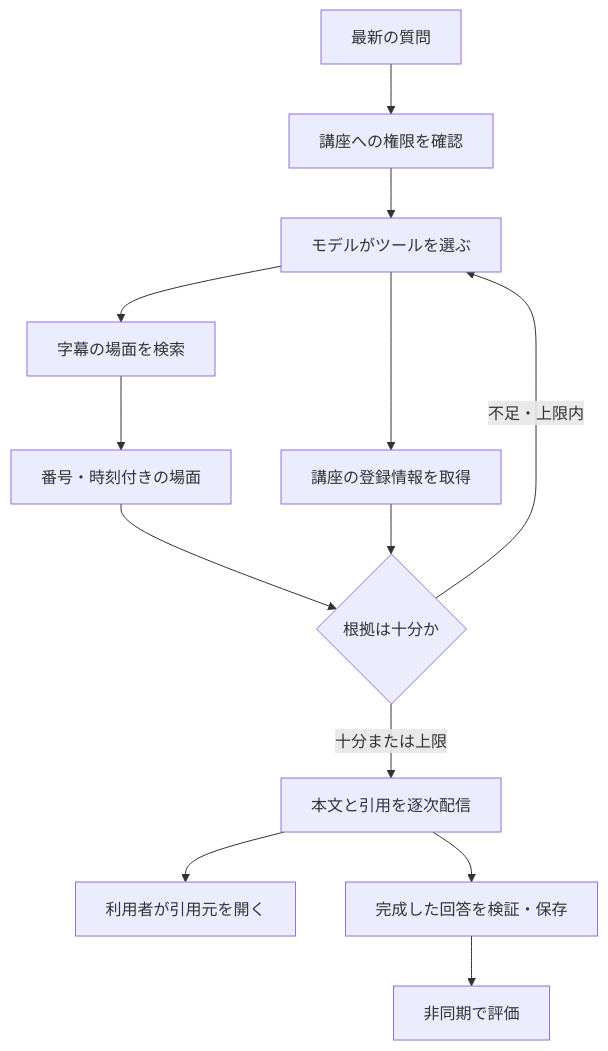
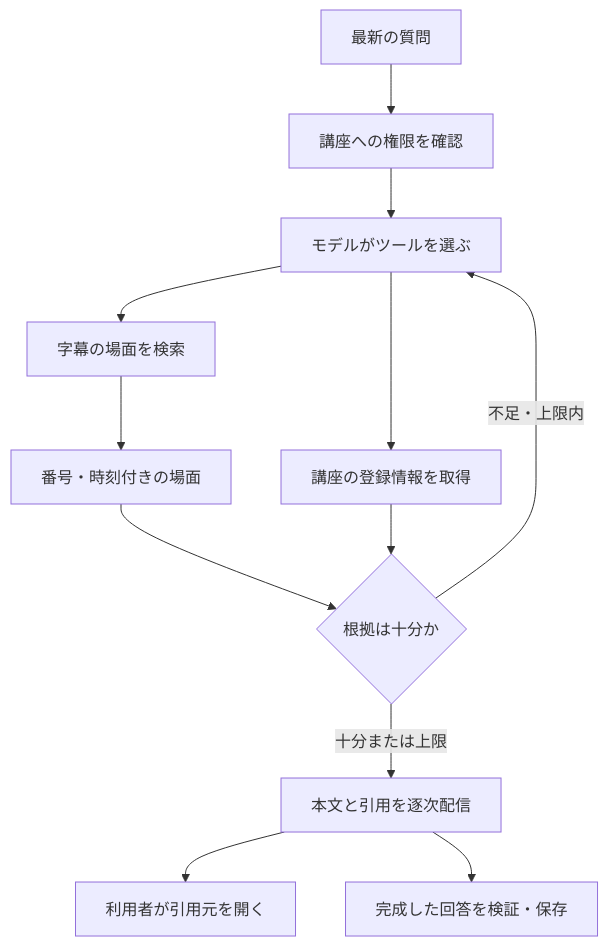
The diagram in apps/docs/i18n/ja/docusaurus-plugin-content-docs/current/concepts/how-ai-works.md (yukiharada1228/videoq), drawn with Mermaid before and after one commit. The commit also changed other lines of this file and 121 other files, not shown here.

````diff
--- a/apps/docs/i18n/ja/docusaurus-plugin-content-docs/current/concepts/how-ai-works.md
+++ b/apps/docs/i18n/ja/docusaurus-plugin-content-docs/current/concepts/how-ai-works.md
@@ -49,15 +48,14 @@
 ```mermaid
 flowchart TD
     Q[最新の質問] --> A[講座への権限を確認]
     A --> M[モデルがツールを選ぶ]
     M --> S[字幕の場面を検索]
     M --> I[講座の登録情報を取得]
     S --> R[番号・時刻付きの場面]
     R --> D{根拠は十分か}
     I --> D
     D -->|不足・上限内| M
     D -->|十分または上限| F[本文と引用を逐次配信]
     F --> C[利用者が引用元を開く]
     F --> V[完成した回答を検証・保存]
-    V --> E[非同期で評価]
 ```
````
